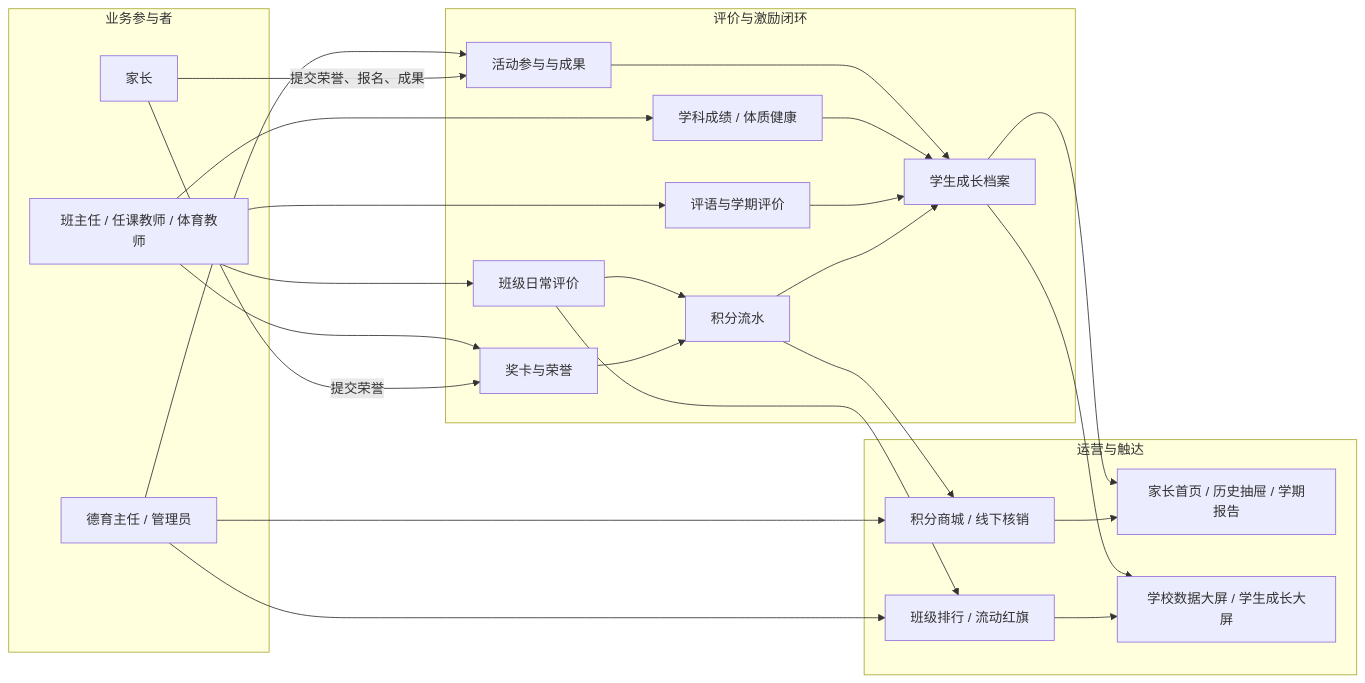
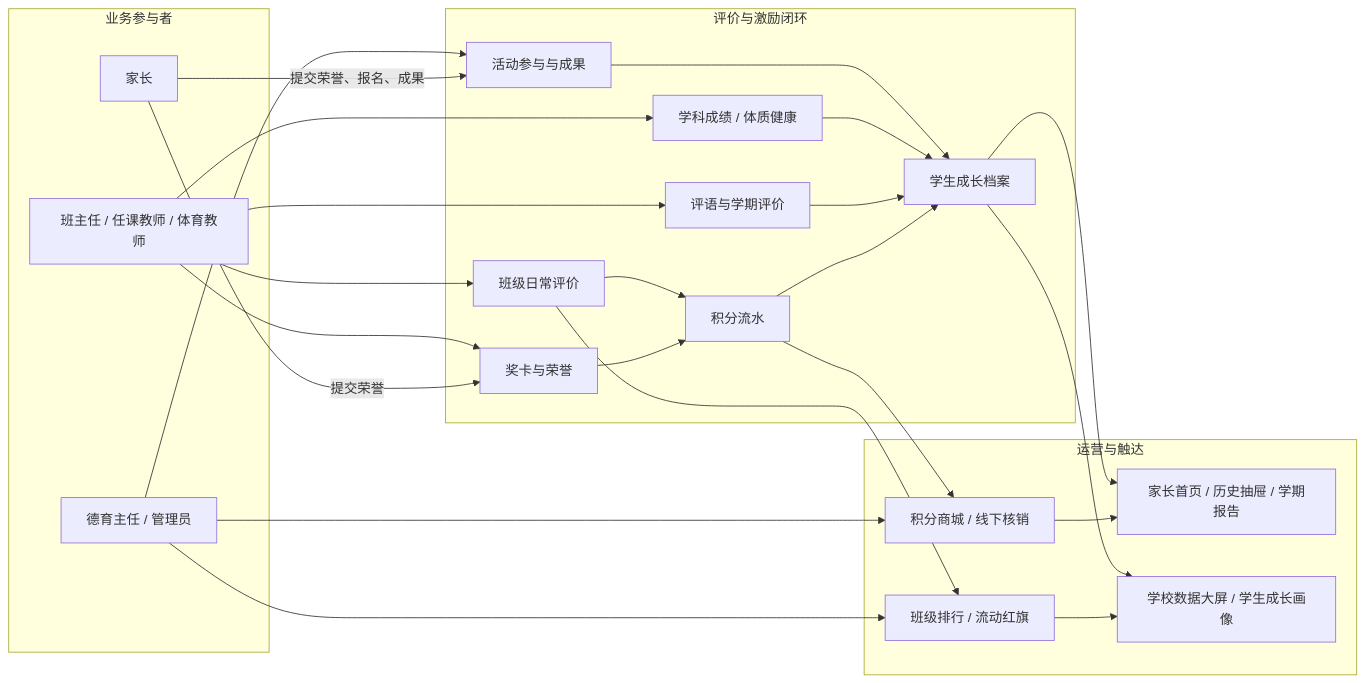
The first of 2 diagrams in prd/student-comprehensive-evaluation.md (webXin123/xszp), drawn with Mermaid before and after one commit. The commit also changed other lines of this file and 22 other files, not shown here.

````diff
--- a/prd/student-comprehensive-evaluation.md
+++ b/prd/student-comprehensive-evaluation.md
@@ -83,47 +93,47 @@
 ```mermaid
 graph LR
   subgraph R["业务参与者"]
     P["家长"]
     T["班主任 / 任课教师 / 体育教师"]
     M["德育主任 / 管理员"]
   end
 
   subgraph E["评价与激励闭环"]
     CE["班级日常评价"]
     AC["奖卡与荣誉"]
     AP["活动参与与成果"]
     AS["学科成绩 / 体质健康"]
     SE["评语与学期评价"]
     GL["学生成长档案"]
     PL["积分流水"]
   end
 
   subgraph O["运营与触达"]
     RK["班级排行 / 流动红旗"]
     MM["积分商城 / 线下核销"]
     PR["家长首页 / 历史抽屉 / 学期报告"]
-    DC["学校数据大屏 / 学生成长大屏"]
+    DC["学校数据大屏 / 学生成长画像"]
   end
 
   T --> CE
   T --> AC
   T --> AS
   T --> SE
   M --> RK
   M --> AP
   M --> MM
   P -->|"提交荣誉、报名、成果"| AP
   P -->|"提交荣誉"| AC
   CE --> RK
   CE --> PL
   AC --> PL
   AP --> GL
   AS --> GL
   SE --> GL
   PL --> GL
   PL --> MM
   GL --> PR
   GL --> DC
   RK --> DC
   MM --> PR
 ```
````
